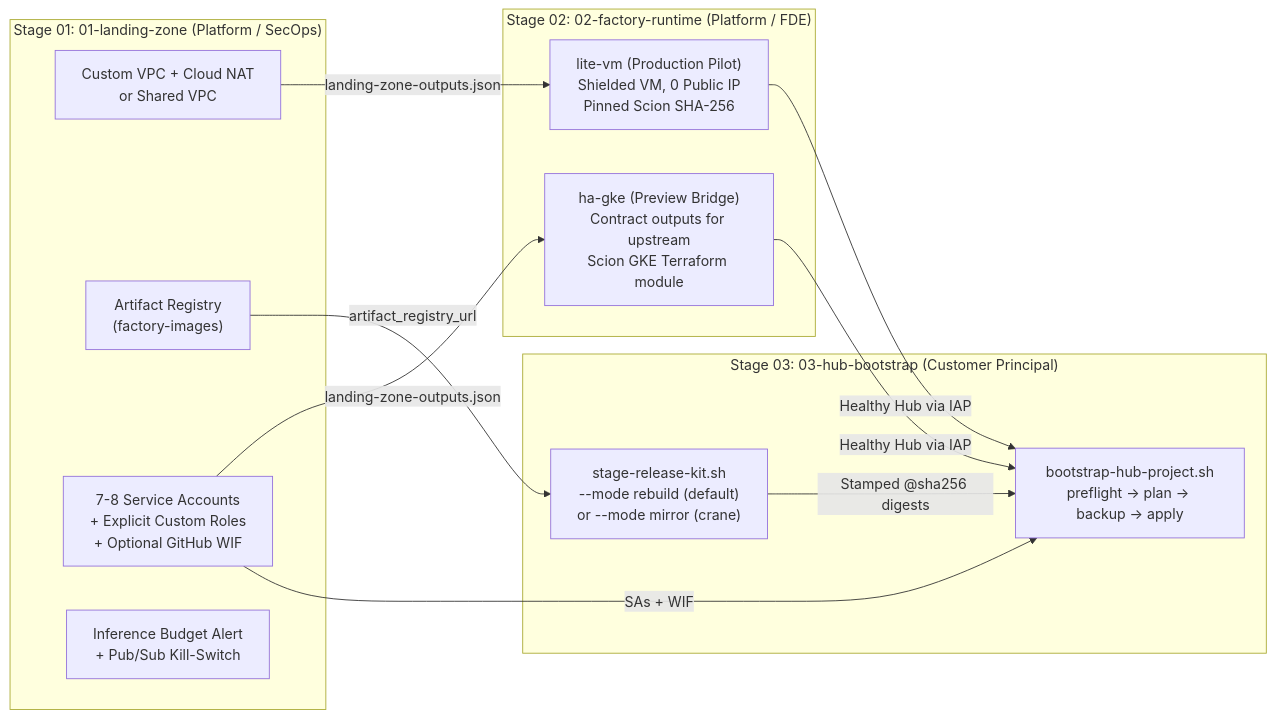
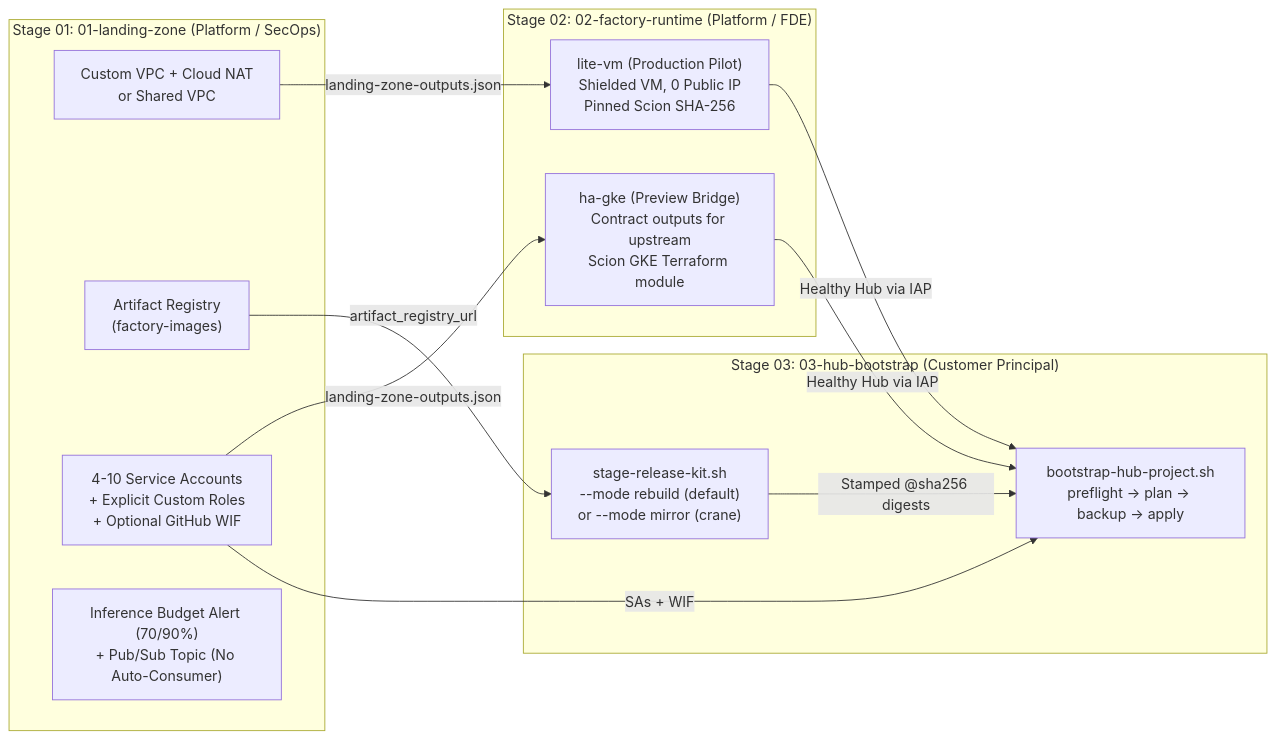
One commit to carlosmscabral/gcp-fde-factories changed the diagram in deploy/README.md. Above: the diagram before and after it, drawn with Mermaid. The commit also changed 15 other files, not shown here.

Commit message:
docs: refresh visual architecture guides, diagrams, and multi-pack walkthrough

````diff
--- a/deploy/README.md
+++ b/deploy/README.md
@@ -11,27 +11,27 @@
 ```mermaid
 flowchart LR
     subgraph S1["Stage 01: 01-landing-zone (Platform / SecOps)"]
         NET["Custom VPC + Cloud NAT<br/>or Shared VPC"]
         AR["Artifact Registry<br/>(factory-images)"]
-        IAM["7-8 Service Accounts<br/>+ Explicit Custom Roles<br/>+ Optional GitHub WIF"]
-        BUD["Inference Budget Alert<br/>+ Pub/Sub Kill-Switch"]
+        IAM["4-10 Service Accounts<br/>+ Explicit Custom Roles<br/>+ Optional GitHub WIF"]
+        BUD["Inference Budget Alert (70/90%)<br/>+ Pub/Sub Topic (No Auto-Consumer)"]
     end
 
     subgraph S2["Stage 02: 02-factory-runtime (Platform / FDE)"]
         VM["lite-vm (Production Pilot)<br/>Shielded VM, 0 Public IP<br/>Pinned Scion SHA-256"]
         GKE["ha-gke (Preview Bridge)<br/>Contract outputs for upstream<br/>Scion GKE Terraform module"]
     end
 
     subgraph S3["Stage 03: 03-hub-bootstrap (Customer Principal)"]
         STG["stage-release-kit.sh<br/>--mode rebuild (default)<br/>or --mode mirror (crane)"]
         BOOT["bootstrap-hub-project.sh<br/>preflight -> plan -> backup -> apply"]
     end
 
     NET -->|"landing-zone-outputs.json"| VM
     IAM -->|"landing-zone-outputs.json"| GKE
     AR -->|"artifact_registry_url"| STG
     IAM -->|"SAs + WIF"| BOOT
     VM -->|"Healthy Hub via IAP"| BOOT
     GKE -->|"Healthy Hub via IAP"| BOOT
     STG -->|"Stamped @sha256 digests"| BOOT
 ```
````
